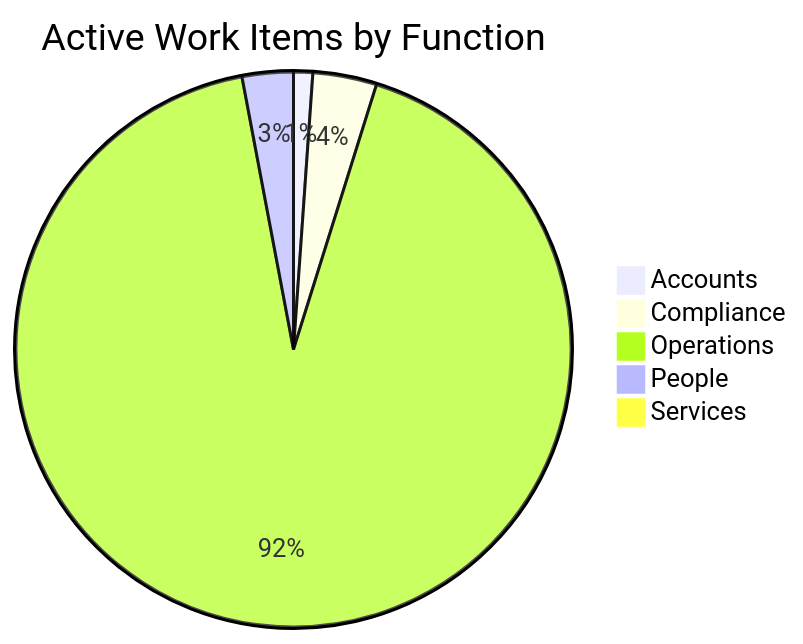
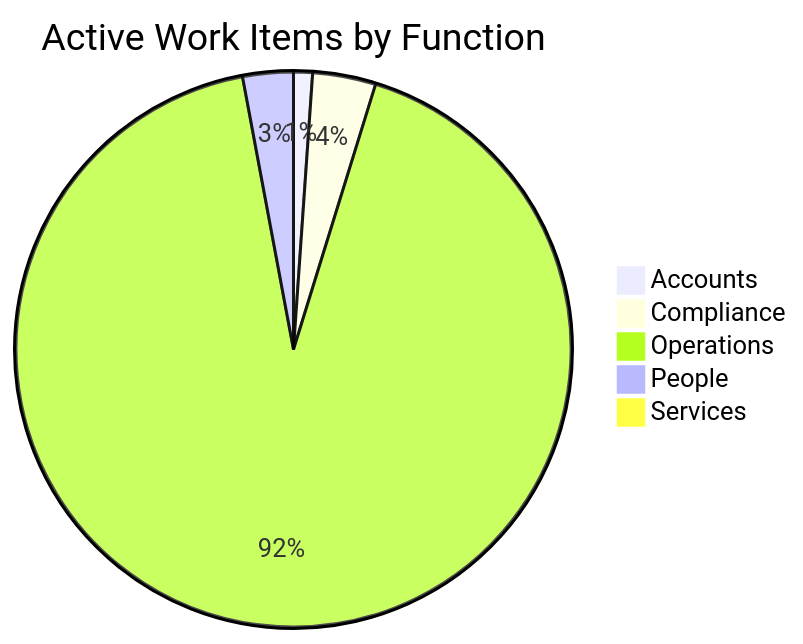
One commit to mgosal/5et.uk changed the first of 3 diagrams in dashboard.md. Above: the diagram before and after it, drawn with Mermaid. The commit also changed other lines of this file and 6 other files, not shown here.

````diff
--- a/dashboard.md
+++ b/dashboard.md
@@ -589,8 +592,8 @@
 ```mermaid
 pie title Active Work Items by Function
     "Accounts" : 3
     "Compliance" : 10
-    "Operations" : 248
+    "Operations" : 251
     "People" : 8
     "Services" : 1
 ```
````
